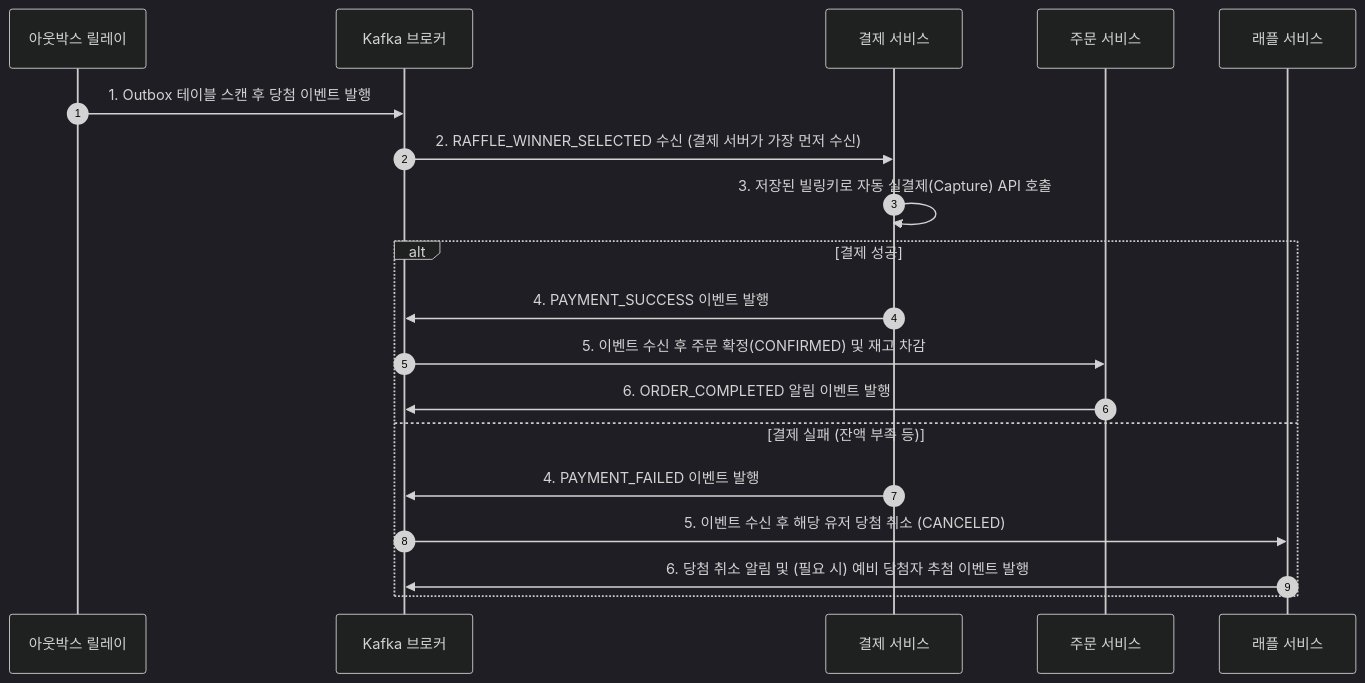
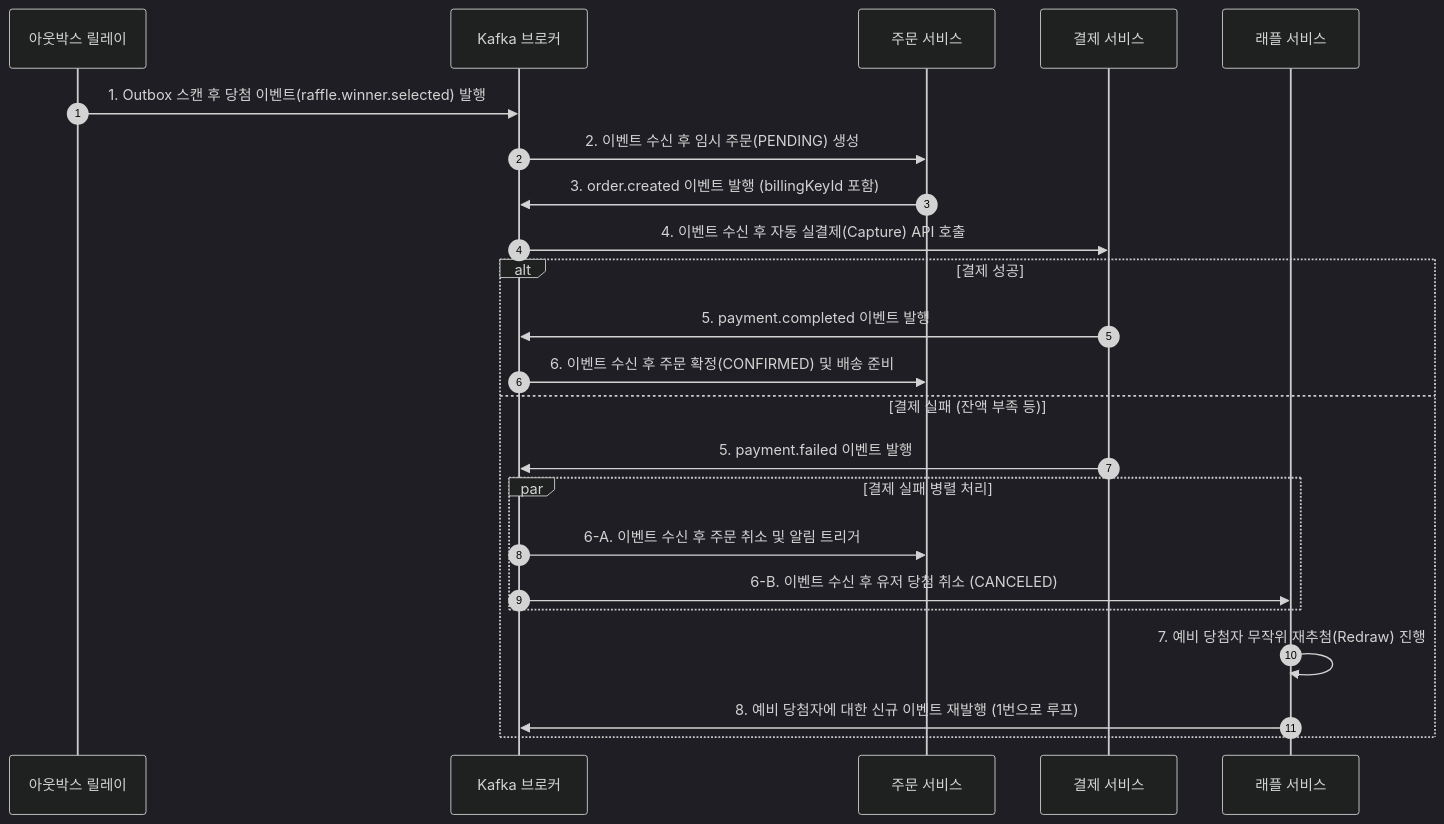
Before and after one commit to OMC-2/OMC: diagram 20 of 20 in docs/08.sequence.md, drawn with Mermaid (dark theme). The commit also changed 1 other file, not shown here.

Commit message:
chore: 제미나이 에러 로깅 강화

````diff
--- a/docs/08.sequence.md
+++ b/docs/08.sequence.md
@@ -578,24 +578,31 @@
 ```mermaid
 sequenceDiagram
     autonumber
     participant Outbox as 아웃박스 릴레이
     participant Kafka as Kafka 브로커
+    participant Order as 주문 서비스
     participant Payment as 결제 서비스
-    participant Order as 주문 서비스
     participant Raffle as 래플 서비스
 
-    Outbox->>Kafka: 1. Outbox 테이블 스캔 후 당첨 이벤트 발행
+    Outbox->>Kafka: 1. Outbox 스캔 후 당첨 이벤트(raffle.winner.selected) 발행
 
-    Kafka->>Payment: 2. RAFFLE_WINNER_SELECTED 수신 (결제 서버가 가장 먼저 수신)
-    Payment->>Payment: 3. 저장된 빌링키로 자동 실결제(Capture) API 호출
+    Kafka->>Order: 2. 이벤트 수신 후 임시 주문(PENDING) 생성
+    Order->>Kafka: 3. order.created 이벤트 발행 (billingKeyId 포함)
+
+    Kafka->>Payment: 4. 이벤트 수신 후 자동 실결제(Capture) API 호출
 
     alt 결제 성공
-        Payment->>Kafka: 4. PAYMENT_SUCCESS 이벤트 발행
-        Kafka->>Order: 5. 이벤트 수신 후 주문 확정(CONFIRMED) 및 재고 차감
-        Order->>Kafka: 6. ORDER_COMPLETED 알림 이벤트 발행
+        Payment->>Kafka: 5. payment.completed 이벤트 발행
+        Kafka->>Order: 6. 이벤트 수신 후 주문 확정(CONFIRMED) 및 배송 준비
     else 결제 실패 (잔액 부족 등)
-        Payment->>Kafka: 4. PAYMENT_FAILED 이벤트 발행
-        Kafka->>Raffle: 5. 이벤트 수신 후 해당 유저 당첨 취소 (CANCELED)
-        Raffle->>Kafka: 6. 당첨 취소 알림 및 (필요 시) 예비 당첨자 추첨 이벤트 발행
+        Payment->>Kafka: 5. payment.failed 이벤트 발행
+        
+        par 결제 실패 병렬 처리
+            Kafka->>Order: 6-A. 이벤트 수신 후 주문 취소 및 알림 트리거
+            Kafka->>Raffle: 6-B. 이벤트 수신 후 유저 당첨 취소 (CANCELED)
+        end
+        
+        Raffle->>Raffle: 7. 예비 당첨자 무작위 재추첨(Redraw) 진행
+        Raffle->>Kafka: 8. 예비 당첨자에 대한 신규 이벤트 재발행 (1번으로 루프)
     end
 ```
````
